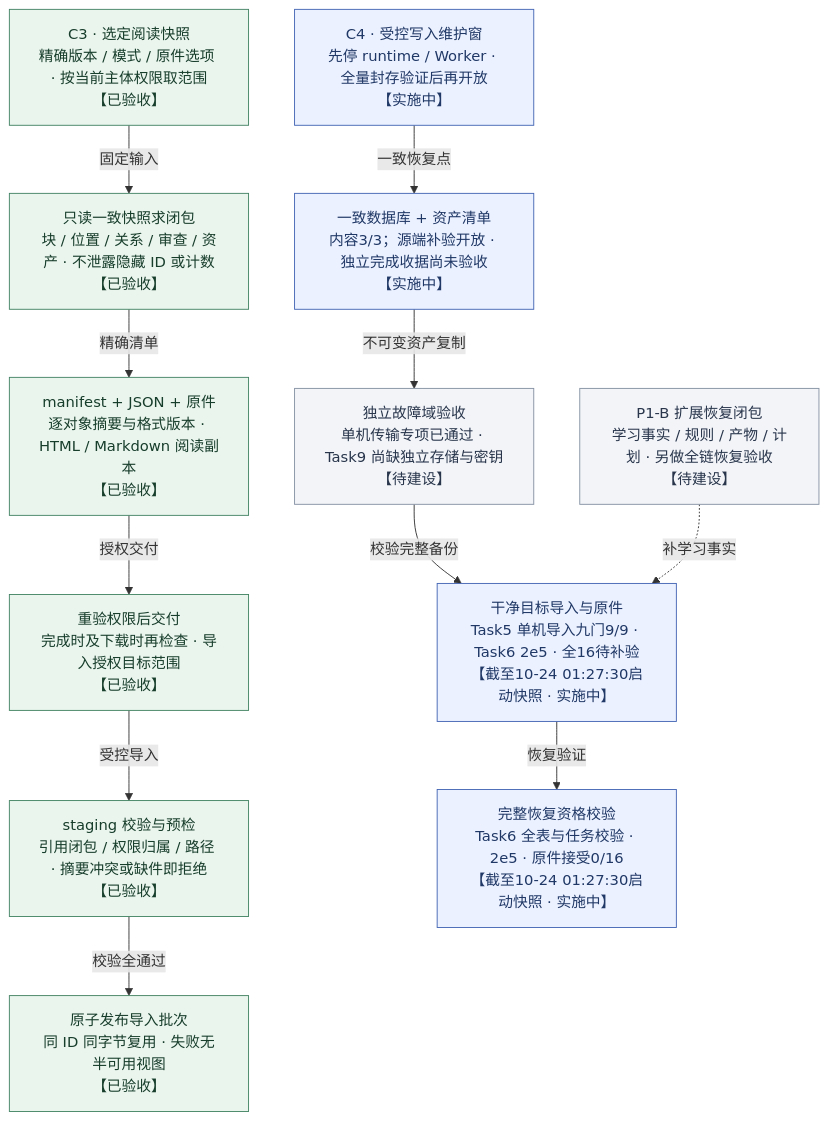
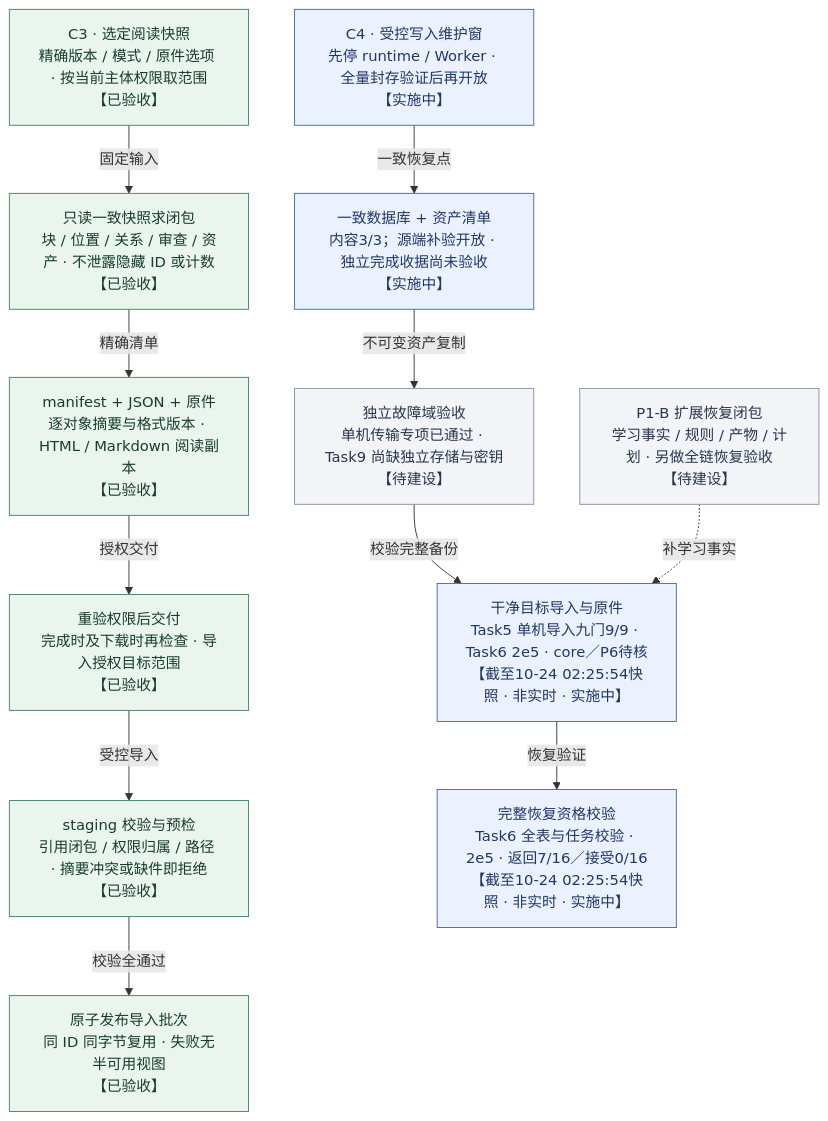
One commit to MansurnamedZhang/learning-system-p0c4 changed the diagram in docs/diagrams/knowweave-portability.mmd. Above: the diagram before and after it, drawn with Mermaid. The commit also changed 8 other files, not shown here.

```diff
--- a/docs/diagrams/knowweave-portability.mmd
+++ b/docs/diagrams/knowweave-portability.mmd
@@ -1,30 +1,30 @@
 flowchart TB
     view["C3 · 选定阅读快照<br/>精确版本 / 模式 / 原件选项 · 按当前主体权限取范围<br/>【已验收】"]
     closure["只读一致快照求闭包<br/>块 / 位置 / 关系 / 审查 / 资产 · 不泄露隐藏 ID 或计数<br/>【已验收】"]
     bundle["manifest + JSON + 原件<br/>逐对象摘要与格式版本 · HTML / Markdown 阅读副本<br/>【已验收】"]
     visible["原子发布导入批次<br/>同 ID 同字节复用 · 失败无半可用视图<br/>【已验收】"]
     preflight["staging 校验与预检<br/>引用闭包 / 权限归属 / 路径 · 摘要冲突或缺件即拒绝<br/>【已验收】"]
     delivery["重验权限后交付<br/>完成时及下载时再检查 · 导入授权目标范围<br/>【已验收】"]
     pause["C4 · 受控写入维护窗<br/>先停 runtime / Worker · 全量封存验证后再开放<br/>【实施中】"]
     backup["一致数据库 + 资产清单<br/>内容3/3；源端补验开放 · 独立完成收据尚未验收<br/>【实施中】"]
     copy["独立故障域验收<br/>单机传输专项已通过 · Task9 尚缺独立存储与密钥<br/>【待建设】"]
-    check["完整恢复资格校验<br/>Task6 全表与任务校验 · 2e5 · 原件接受0/16<br/>【截至10-24 01:27:30启动快照 · 实施中】"]
-    restore["干净目标导入与原件<br/>Task5 单机导入九门9/9 · Task6 2e5 · 全16待补验<br/>【截至10-24 01:27:30启动快照 · 实施中】"]
+    check["完整恢复资格校验<br/>Task6 全表与任务校验 · 2e5 · 返回7/16／接受0/16<br/>【截至10-24 02:25:54快照 · 非实时 · 实施中】"]
+    restore["干净目标导入与原件<br/>Task5 单机导入九门9/9 · Task6 2e5 · core／P6待核<br/>【截至10-24 02:25:54快照 · 非实时 · 实施中】"]
     future["P1-B 扩展恢复闭包<br/>学习事实 / 规则 / 产物 / 计划 · 另做全链恢复验收<br/>【待建设】"]
     view -- "固定输入" --> closure
     closure -- "精确清单" --> bundle
     bundle -- "授权交付" --> delivery
     delivery -- "受控导入" --> preflight
     preflight -- "校验全通过" --> visible
     pause -- "一致恢复点" --> backup
     backup -- "不可变资产复制" --> copy
     copy -- "校验完整备份" --> restore
     restore -- "恢复验证" --> check
     future -. "补学习事实" .-> restore
     class view,closure,bundle,visible,preflight,delivery done
     class pause,backup,check,restore next
     class copy,future planned
     classDef done fill:#eaf5ee,stroke:#438363,color:#173d2b
     classDef next fill:#ebf1ff,stroke:#4365b4,color:#203866
     classDef planned fill:#f2f4f8,stroke:#8591a3,color:#28354b
     classDef optional fill:#f3ecfb,stroke:#9271b0,color:#4a3362
```
